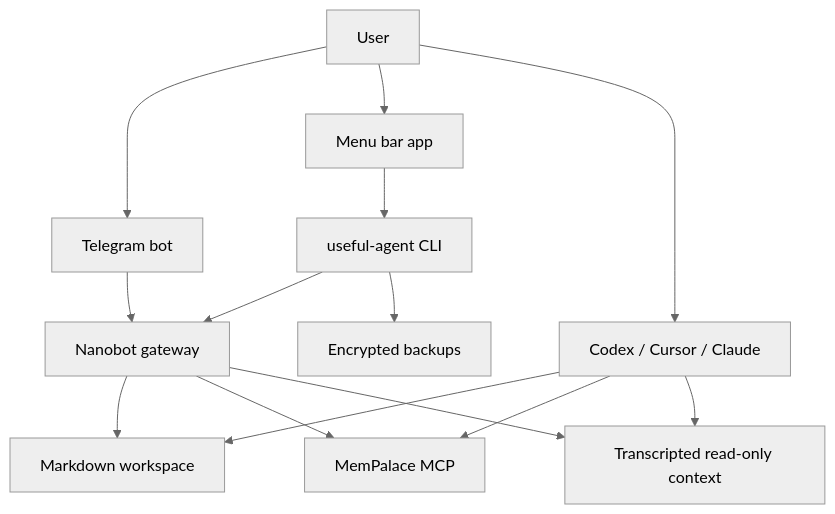
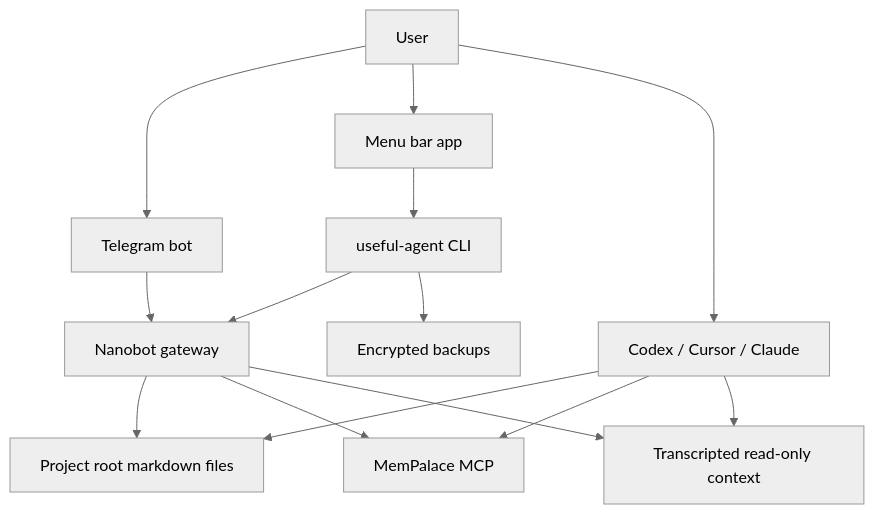
One commit to dperhar/useful-ai-agent changed the diagram in docs/architecture.md. Above: the diagram before and after it, drawn with Mermaid (neutral theme). The commit also changed other lines of this file and 10 other files, not shown here.

````diff
--- a/docs/architecture.md
+++ b/docs/architecture.md
@@ -6,16 +6,16 @@
 ```mermaid
 flowchart TD
   User["User"] --> TG["Telegram bot"]
   User --> MB["Menu bar app"]
   User --> Apps["Codex / Cursor / Claude"]
-  Apps --> Files["Markdown workspace"]
+  Apps --> Files["Project root markdown files"]
   TG --> Nanobot["Nanobot gateway"]
   MB --> CLI["useful-agent CLI"]
   CLI --> Nanobot
   CLI --> Backup["Encrypted backups"]
   Nanobot --> Files
   Nanobot --> MP["MemPalace MCP"]
   Nanobot --> TR["Transcripted read-only context"]
   Apps --> MP
   Apps --> TR
 ```
````
